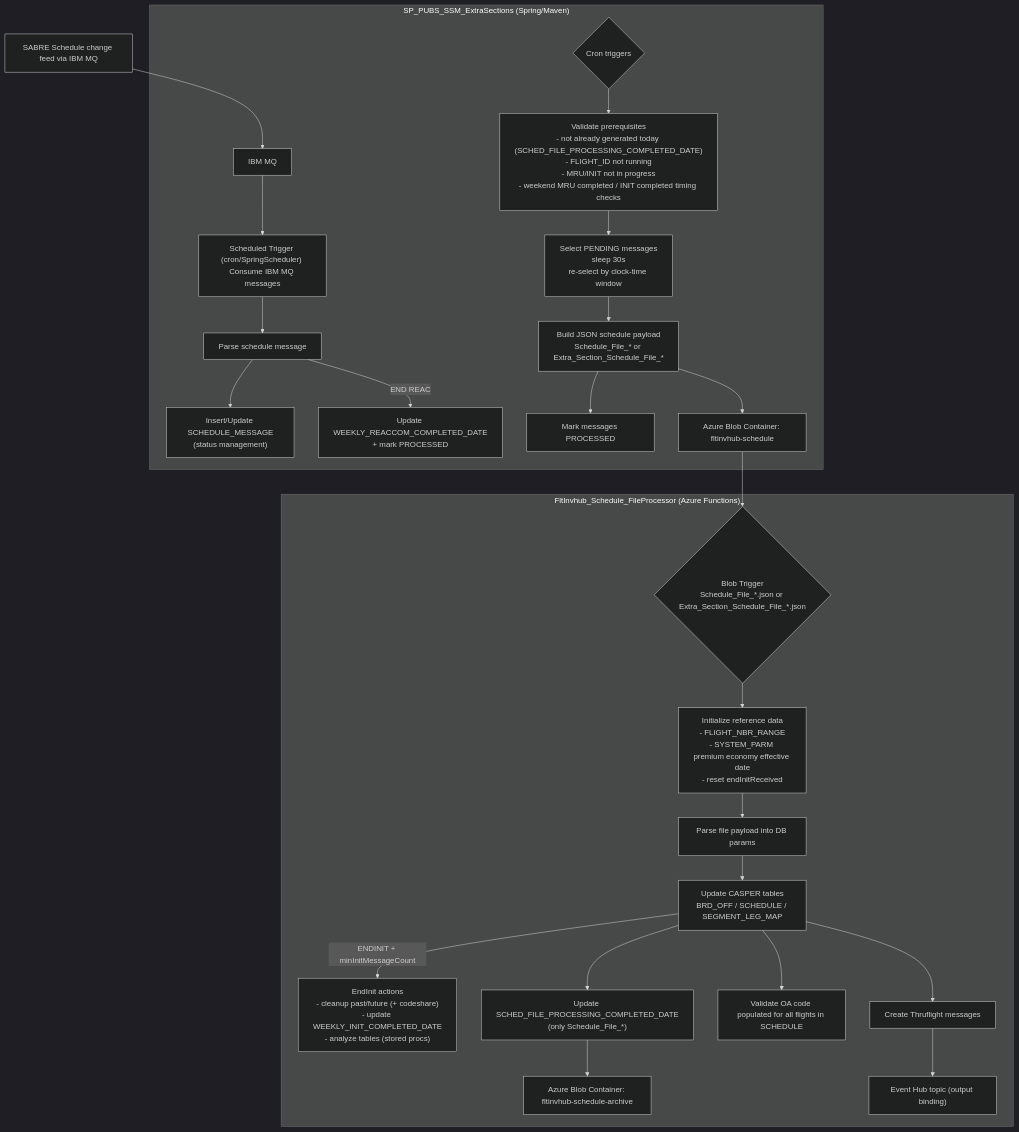
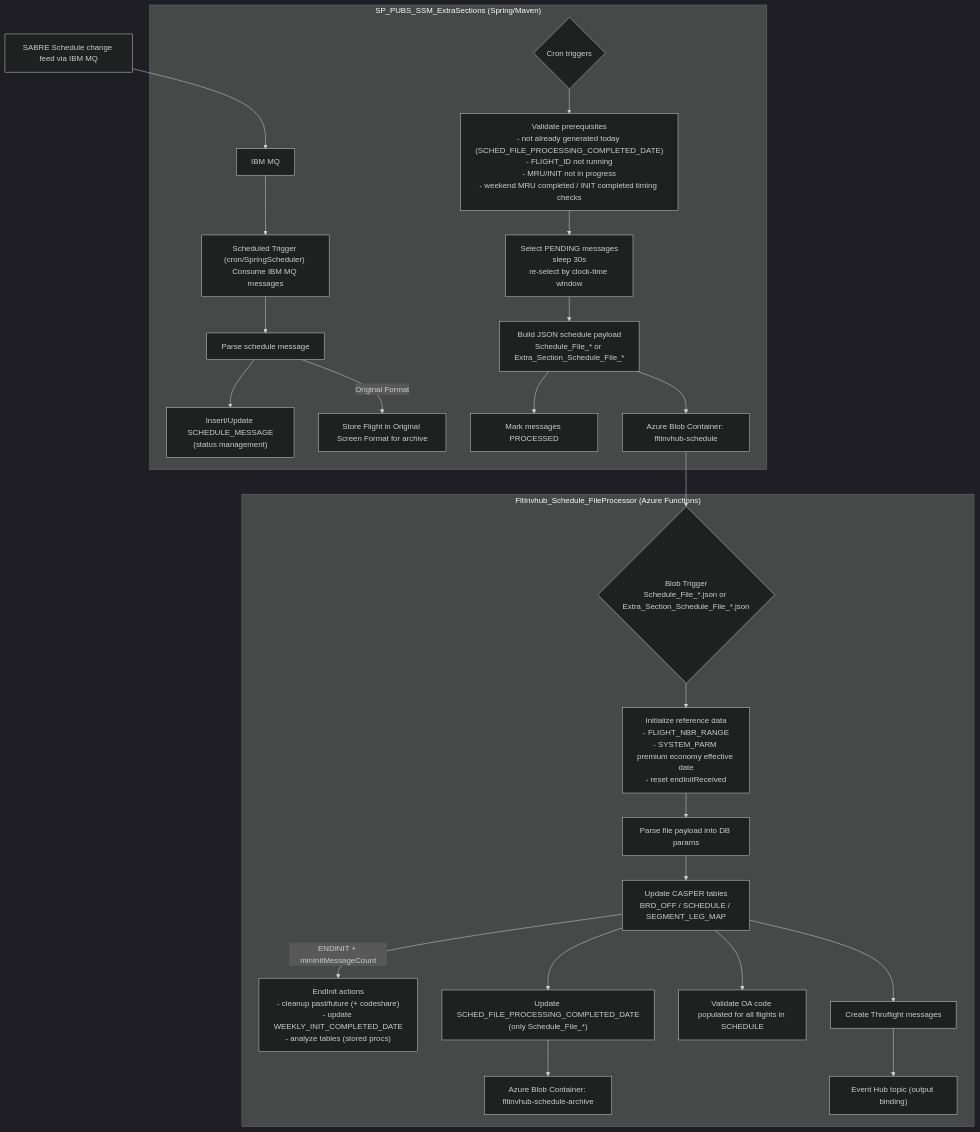
Before and after one commit to GarrenBagley366/SP_PUBS_SSM_ExtraSections: the diagram in README.md, drawn with Mermaid (dark theme).

Commit message:
Update flowchart description in README.md

````diff
--- a/README.md
+++ b/README.md
@@ -4,36 +4,36 @@
 ```mermaid
 flowchart TD
   %% Sources
   SABRE["SABRE Schedule change feed via IBM MQ"] --> MQ["IBM MQ"]
 
   %% Generator
   subgraph GEN["SP_PUBS_SSM_ExtraSections (Spring/Maven)"]
     MQ --> G1["Scheduled Trigger (cron/SpringScheduler) Consume IBM MQ messages"]
     G1 --> G2["Parse schedule message"]
     click G2 href "https://github.com/AAInternal/FltInvhub_Schedule_FileProcessor/wiki/File-Processor-Business-Rules"
     G2 --> G3["Insert/Update SCHEDULE_MESSAGE<br/>(status management)"]
-    G2 -->|END REAC| G4["Update WEEKLY_REACCOM_COMPLETED_DATE<br/>+ mark PROCESSED"]
+    G2 -->|Original Format| G4["Store Flight in Original Screen Format for archive<br/>"]
 
     G5{"Cron triggers"} --> G6["Validate prerequisites<br/>- not already generated today (SCHED_FILE_PROCESSING_COMPLETED_DATE)<br/>- FLIGHT_ID not running<br/>- MRU/INIT not in progress<br/>- weekend MRU completed / INIT completed timing checks"]
     G6 --> G7["Select PENDING messages<br/>sleep 30s<br/>re-select by clock-time window"]
     G7 --> G8["Build JSON schedule payload<br/>Schedule_File_* or Extra_Section_Schedule_File_*"]
     G8 --> G9["Mark messages PROCESSED"]
     G8 --> BLOB_IN["Azure Blob Container: fltinvhub-schedule"]
   end
 
   %% Processor
   subgraph PROC["FltInvhub_Schedule_FileProcessor (Azure Functions)"]
     BLOB_IN --> P1{"Blob Trigger<br/>Schedule_File_*.json or Extra_Section_Schedule_File_*.json"}
     P1 --> P2["Initialize reference data<br/>- FLIGHT_NBR_RANGE<br/>- SYSTEM_PARM premium economy effective date<br/>- reset endInitReceived"]
     P2 --> P3["Parse file payload into DB params"]
     P3 --> P4["Update CASPER tables<br/>BRD_OFF / SCHEDULE / SEGMENT_LEG_MAP"]
 
     P4 -->|ENDINIT + minInitMessageCount| P5["EndInit actions<br/>- cleanup past/future (+ codeshare)<br/>- update WEEKLY_INIT_COMPLETED_DATE<br/>- analyze tables (stored procs)"]
     P4 --> P6["Update SCHED_FILE_PROCESSING_COMPLETED_DATE<br/>(only Schedule_File_*)"]
     P6 --> BLOB_ARC["Azure Blob Container: fltinvhub-schedule-archive"]
     P4 --> P7["Validate OA code populated for all flights in SCHEDULE"]
     P4 --> P8["Create Thruflight messages"]
     P8 --> EH["Event Hub topic (output binding)"]
   end
 
 ```
````
